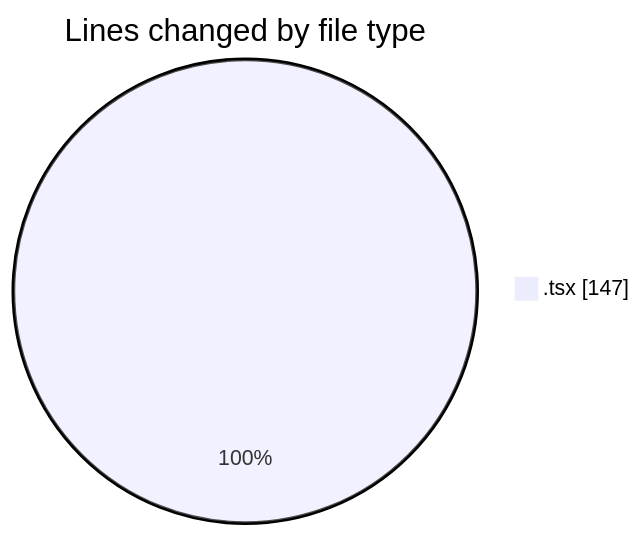
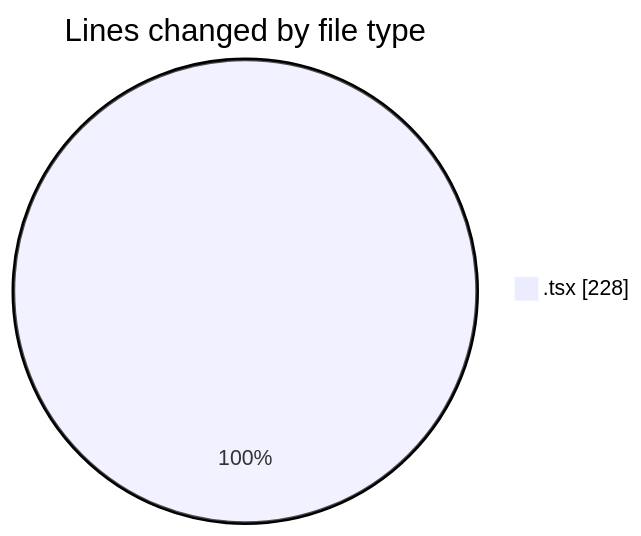
One commit to Elitesun/code-tracking changed the first of 2 diagrams in 2025-04-22/indesign/README.md. Above: the diagram before and after it, drawn with Mermaid. The commit also changed other lines of this file and 1 other file, not shown here.

````diff
--- a/2025-04-22/indesign/README.md
+++ b/2025-04-22/indesign/README.md
@@ -21,5 +22,5 @@
 ```mermaid
 pie showData
 title Lines changed by file type
-".tsx" : 147
+".tsx" : 228
 ```
````
